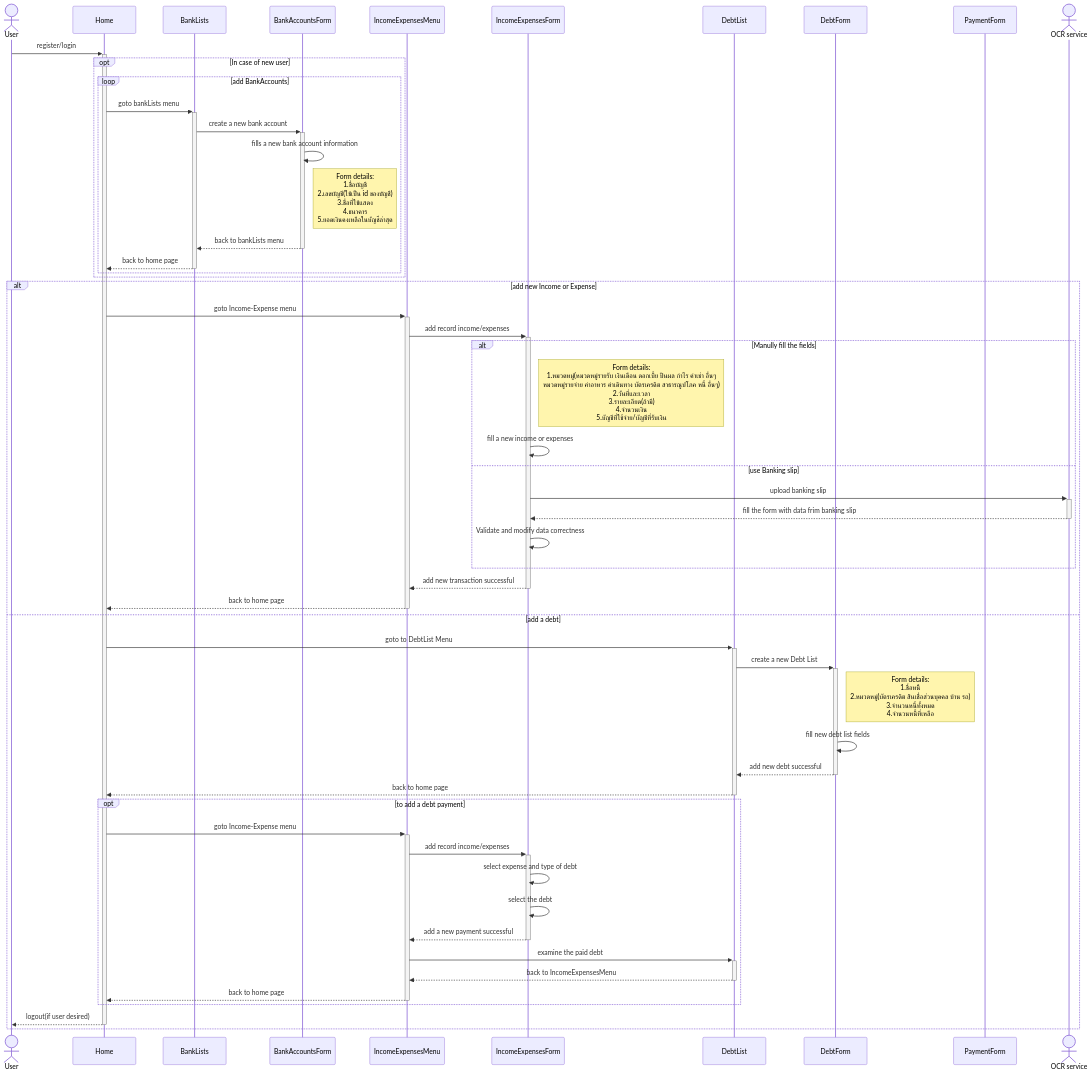
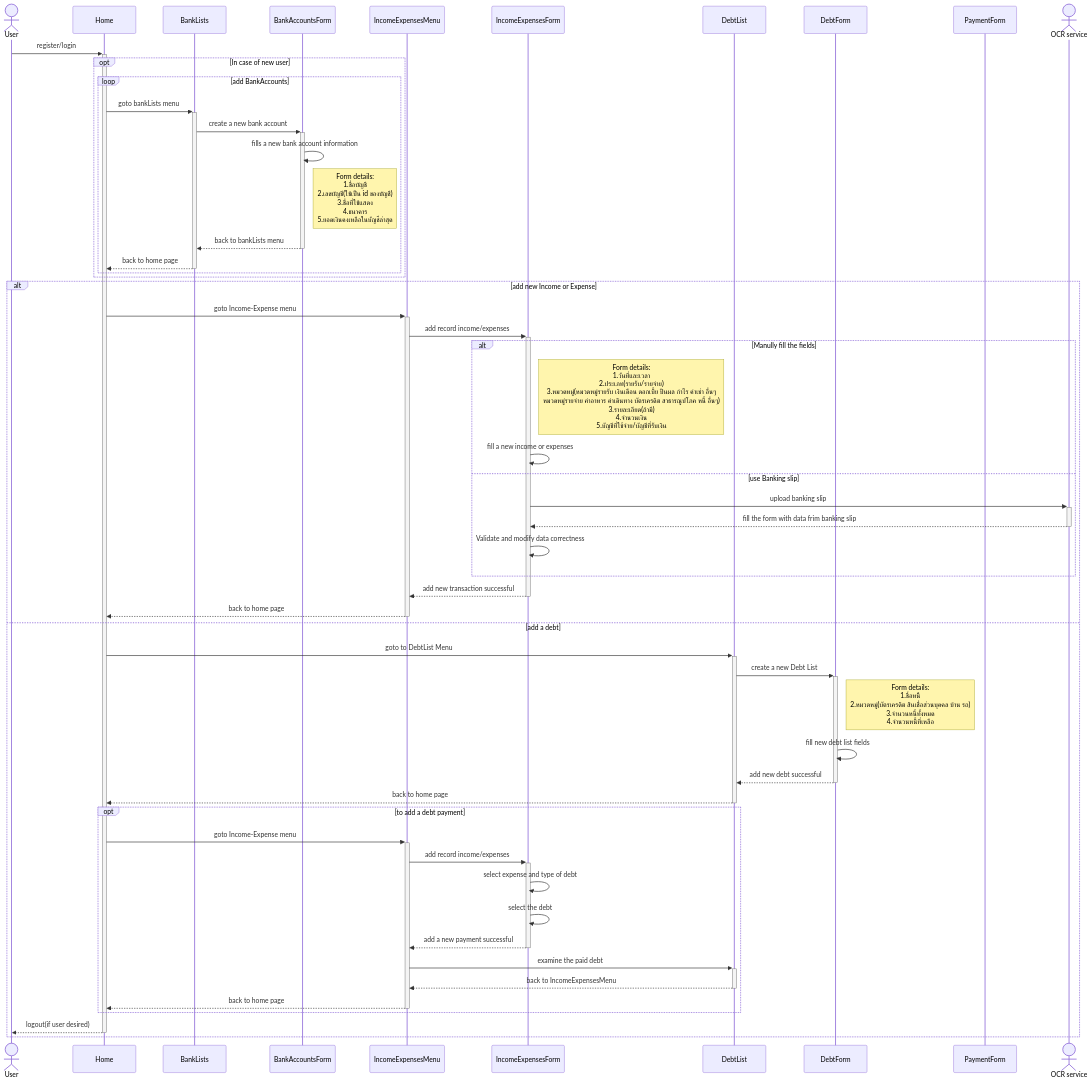
One commit to SawatKia/WealthTracking changed the diagram in design/UserFlow.mmd. Above: the diagram before and after it, drawn with Mermaid.

Commit message:
chore: Update form fields in IncomeExpensesForm

```diff
--- a/design/UserFlow.mmd
+++ b/design/UserFlow.mmd
@@ -1,55 +1,55 @@
 sequenceDiagram
     actor User
     participant Home
     participant Bank as BankLists
     participant BankAccountsForm
     participant IncomeExpensesMenu
     participant IncomeExpensesForm
     participant DebtList
     participant DebtForm
     participant PaymentForm
     actor Ocr as OCR service
 
     User->>+Home: register/login
     opt In case of new user
         loop add BankAccounts
             Home->>+Bank: goto bankLists menu
             Bank->>+BankAccountsForm: create a new bank account
             BankAccountsForm->>BankAccountsForm: fills a new bank account information
             Note right of BankAccountsForm: Form details:<br>1.ชื่อบัญชี<br>2.เลขบัญชี(ใช้เป็น id ของบัญชี)<br>3.ชื่อที่ใช้แสดง<br>4.ธนาคาร<br>5.ยอดเงินคงเหลือในบัญชีล่าสุด
             BankAccountsForm-->>-Bank: back to bankLists menu
             Bank-->>-Home: back to home page
         end
     end
     alt add new Income or Expense
         Home->>+IncomeExpensesMenu: goto Income-Expense menu
         IncomeExpensesMenu->>+IncomeExpensesForm: add record income/expenses
         alt Manully fill the fields
-            Note right of IncomeExpensesForm: Form details:<br>1.หมวดหมู่(หมวดหมู่รายรับ เงินเดือน ดอกเบี้ย ปันผล กำไร ค่าเช่า อื่นๆ<br>หมวดหมู่รายจ่าย ค่าอาหาร ค่าเดินทาง บัตรเครดิต สาธารณูปโภค หนี้ อื่นๆ)<br>2.วันที่และเวลา<br>3.รายละเอียด(ถ้ามี)<br>4.จำนวนเงิน<br>5.บัญชีที่ใช้จ่าย/บัญชีที่รับเงิน
+            Note right of IncomeExpensesForm: Form details:<br>1.วันที่และเวลา<br>2.ประเภท(รายรับ/รายจ่าย)<br>3.หมวดหมู่(หมวดหมู่รายรับ เงินเดือน ดอกเบี้ย ปันผล กำไร ค่าเช่า อื่นๆ<br>หมวดหมู่รายจ่าย ค่าอาหาร ค่าเดินทาง บัตรเครดิต สาธารณูปโภค หนี้ อื่นๆ)<br>3.รายละเอียด(ถ้ามี)<br>4.จำนวนเงิน<br>5.บัญชีที่ใช้จ่าย/บัญชีที่รับเงิน
             IncomeExpensesForm->>IncomeExpensesForm: fill a new income or expenses
         else use Banking slip
             IncomeExpensesForm->>+Ocr: upload banking slip
             Ocr-->>-IncomeExpensesForm:fill the form with data frim banking slip
             IncomeExpensesForm->>IncomeExpensesForm:Validate and modify data correctness
         end
         IncomeExpensesForm-->>-IncomeExpensesMenu: add new transaction successful
         IncomeExpensesMenu-->>-Home: back to home page
     else add a debt
         Home->>+DebtList: goto to DebtList Menu
         DebtList->>+DebtForm: create a new Debt List
         Note right of DebtForm: Form details:<br>1.ชื่อหนี้<br>2.หมวดหมู่(บัตรเครดิต สินเชื่อส่วนบุคคล บ้าน รถ)<br>3.จำนวนหนี้ทั้งหมด<br>4.จำนวนหนี้ที่เหลือ
         DebtForm->>DebtForm: fill new debt list fields
         DebtForm-->>-DebtList: add new debt successful
         DebtList-->>-Home: back to home page
         opt to add a debt payment
             Home->>+IncomeExpensesMenu: goto Income-Expense menu
             IncomeExpensesMenu->>+IncomeExpensesForm: add record income/expenses
             IncomeExpensesForm->>IncomeExpensesForm: select expense and type of debt
             IncomeExpensesForm->>IncomeExpensesForm: select the debt
             IncomeExpensesForm-->>-IncomeExpensesMenu: add a new payment successful
             IncomeExpensesMenu->>+DebtList: examine the paid debt 
             DebtList-->>-IncomeExpensesMenu: back to IncomeExpensesMenu
             IncomeExpensesMenu-->>-Home: back to home page
         end
         Home-->>-User: logout(if user desired)
     end
```
